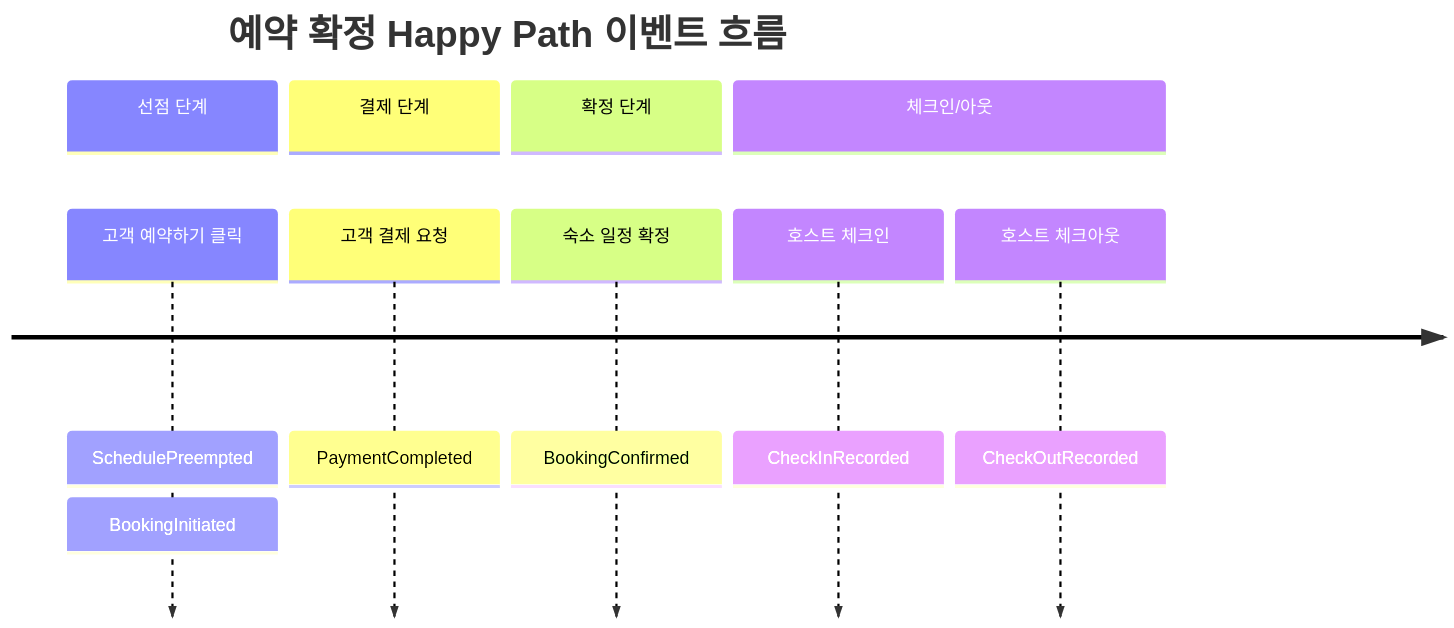
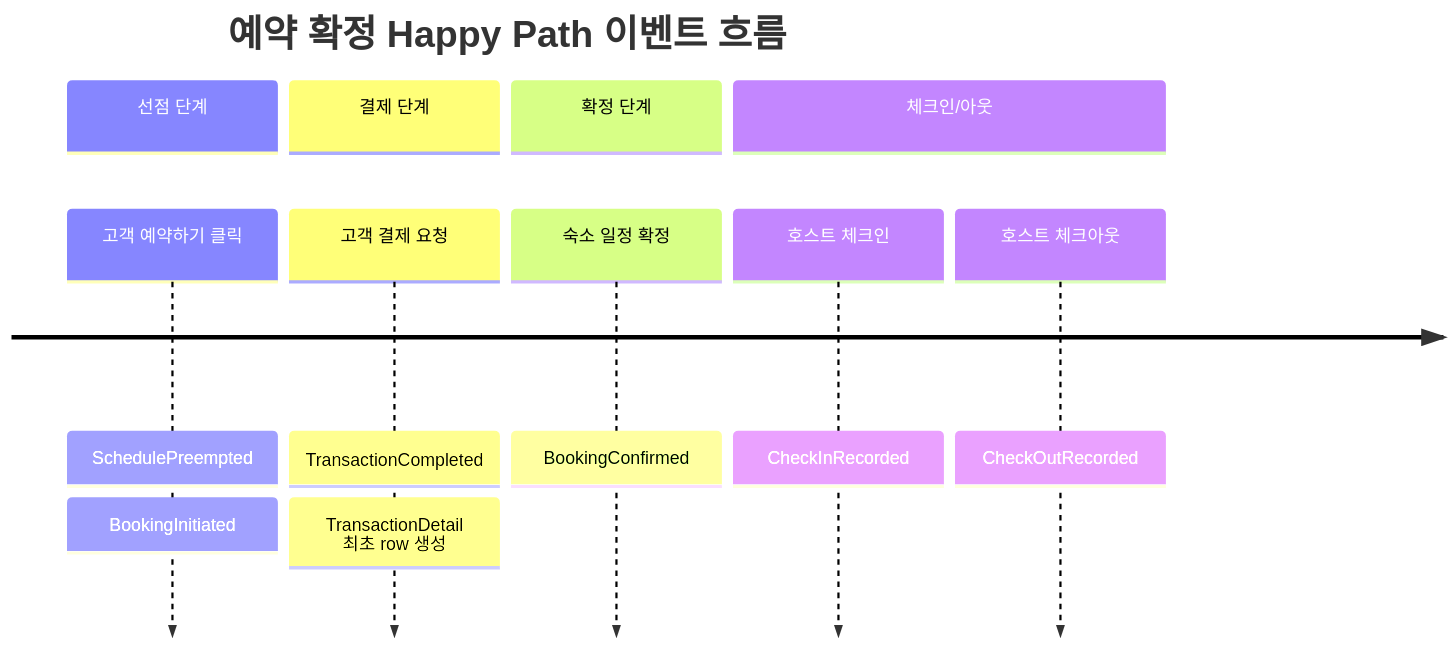
One commit to kail-is/ddd-gym changed the fourth of 4 diagrams in participants/yongchul/docs/user_act_flow.md. Above: the diagram before and after it, drawn with Mermaid. The commit also changed other lines of this file and 1 other file, not shown here.

First line of the commit message:
refactor: [yongchul] Payment → Transaction 개명 및 TransactionDetail 설계 반영

````diff
--- a/participants/yongchul/docs/user_act_flow.md
+++ b/participants/yongchul/docs/user_act_flow.md
@@ -151,14 +198,15 @@
 ```mermaid
 timeline
     title 예약 확정 Happy Path 이벤트 흐름
     section 선점 단계
         고객 예약하기 클릭 : SchedulePreempted
                            : BookingInitiated
     section 결제 단계
-        고객 결제 요청     : PaymentCompleted
+        고객 결제 요청     : TransactionCompleted
+                           : TransactionDetail 최초 row 생성
     section 확정 단계
         숙소 일정 확정     : BookingConfirmed
     section 체크인/아웃
         호스트 체크인      : CheckInRecorded
         호스트 체크아웃    : CheckOutRecorded
 ```
````
